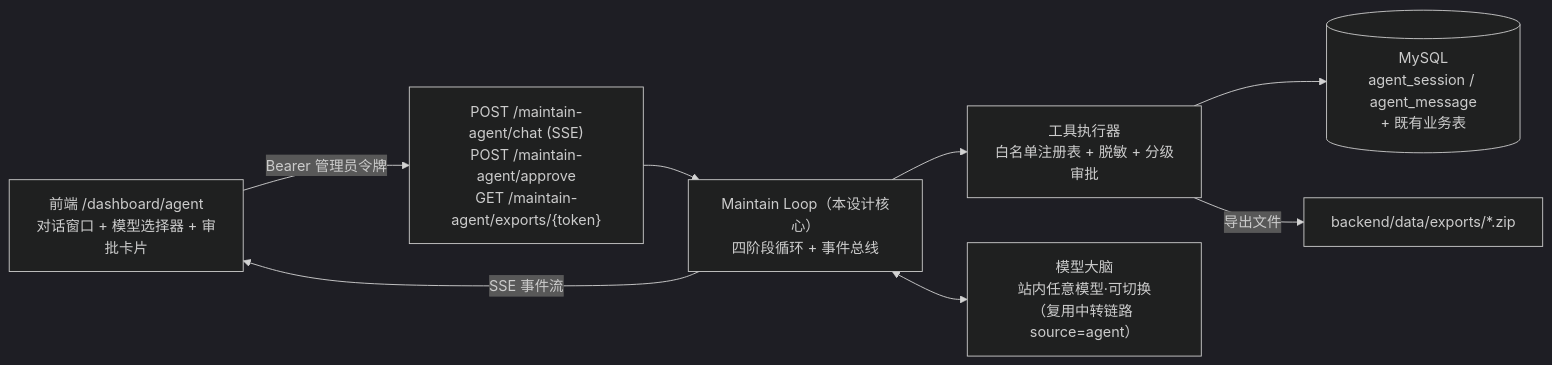
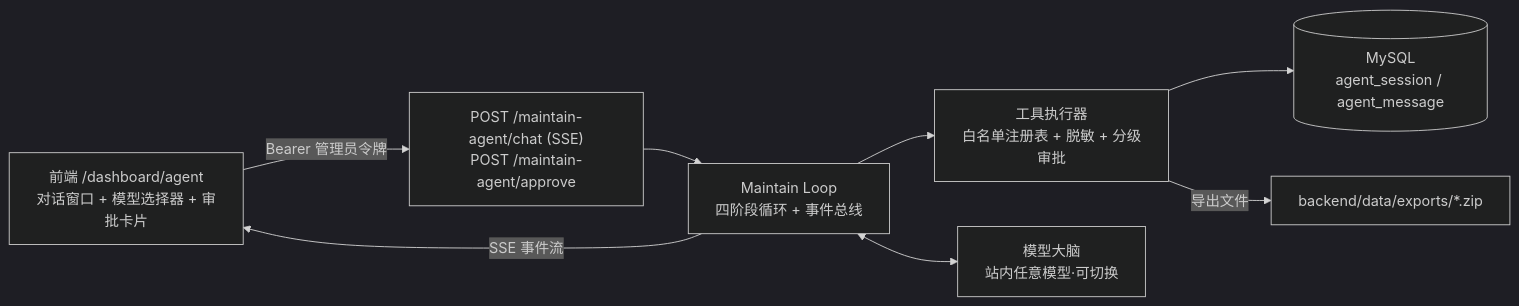
One commit to sylenshi/AgenticAPI changed the diagram in docs/维护Agent设计文档.md. Above: the diagram before and after it, drawn with Mermaid (dark theme). The commit also changed other lines of this file and 8 other files, not shown here.

````diff
--- a/docs/维护Agent设计文档.md
+++ b/docs/维护Agent设计文档.md
@@ -16,14 +18,14 @@
 ```mermaid
 flowchart LR
     FE["前端 /dashboard/agent<br/>对话窗口 + 模型选择器 + 审批卡片"]
-    API["POST /maintain-agent/chat (SSE)<br/>POST /maintain-agent/approve<br/>GET /maintain-agent/exports/{token}"]
-    LOOP["Maintain Loop（本设计核心）<br/>四阶段循环 + 事件总线"]
+    API["POST /maintain-agent/chat (SSE)<br/>POST /maintain-agent/approve"]
+    LOOP["Maintain Loop<br/>四阶段循环 + 事件总线"]
     TOOLS["工具执行器<br/>白名单注册表 + 脱敏 + 分级审批"]
-    BRAIN["模型大脑<br/>站内任意模型·可切换<br/>（复用中转链路 source=agent）"]
-    DB[("MySQL<br/>agent_session / agent_message<br/>+ 既有业务表")]
+    BRAIN["模型大脑<br/>站内任意模型·可切换"]
+    DB[("MySQL<br/>agent_session / agent_message")]
     FE -->|Bearer 管理员令牌| API --> LOOP
     LOOP <--> BRAIN
     LOOP --> TOOLS --> DB
     LOOP -->|SSE 事件流| FE
     TOOLS -->|导出文件| FILES["backend/data/exports/*.zip"]
 ```
````
